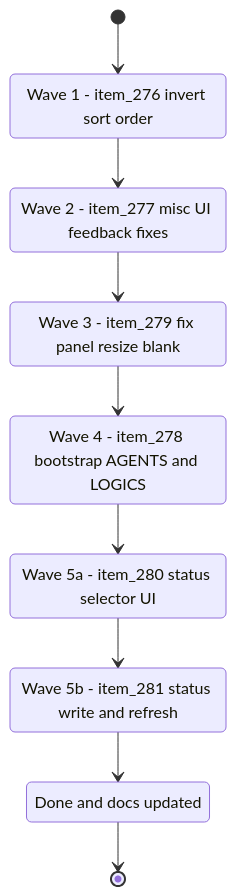
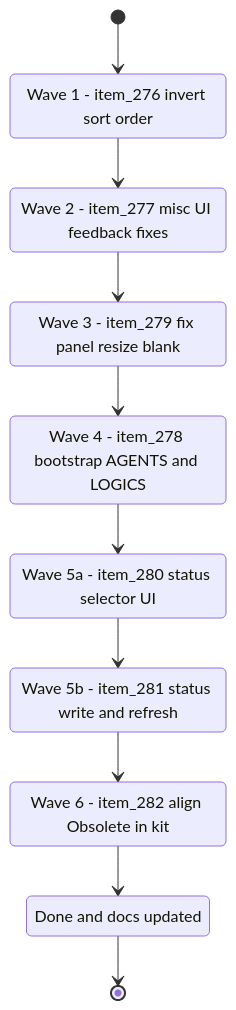
The diagram in logics/tasks/task_126_orchestration_delivery_for_req_150_to_req_154_plugin_polish_and_status_selector.md (AlexAgo83/logics-manager), drawn with Mermaid before and after one commit. The commit also changed other lines of this file and 2 other files, not shown here.

Commit message:
add req_155 and item_282 for Obsolete alignment, integrate into task_126 as wave 6

````diff
--- a/logics/tasks/task_126_orchestration_delivery_for_req_150_to_req_154_plugin_polish_and_status_selector.md
+++ b/logics/tasks/task_126_orchestration_delivery_for_req_150_to_req_154_plugin_polish_and_status_selector.md
@@ -15,20 +15,22 @@
 ```mermaid
 %% logics-kind: task
 %% logics-signature: task|orchestration-delivery-for-req-150-to-re|item-276-invert-default-sort-order-in-bo|wave-1-item-276-invert-default-sort|npm-run-compile
 stateDiagram-v2
     [*] --> Wave1
     Wave1 : Wave 1 - item_276 invert sort order
     Wave1 --> Wave2
     Wave2 : Wave 2 - item_277 misc UI feedback fixes
     Wave2 --> Wave3
     Wave3 : Wave 3 - item_279 fix panel resize blank
     Wave3 --> Wave4
     Wave4 : Wave 4 - item_278 bootstrap AGENTS and LOGICS
     Wave4 --> Wave5
     Wave5 : Wave 5a - item_280 status selector UI
     Wave5 --> Wave6
     Wave6 : Wave 5b - item_281 status write and refresh
-    Wave6 --> Done
+    Wave6 --> Wave7
+    Wave7 : Wave 6 - item_282 align Obsolete in kit
+    Wave7 --> Done
     Done : Done and docs updated
     Done --> [*]
 ```
````
